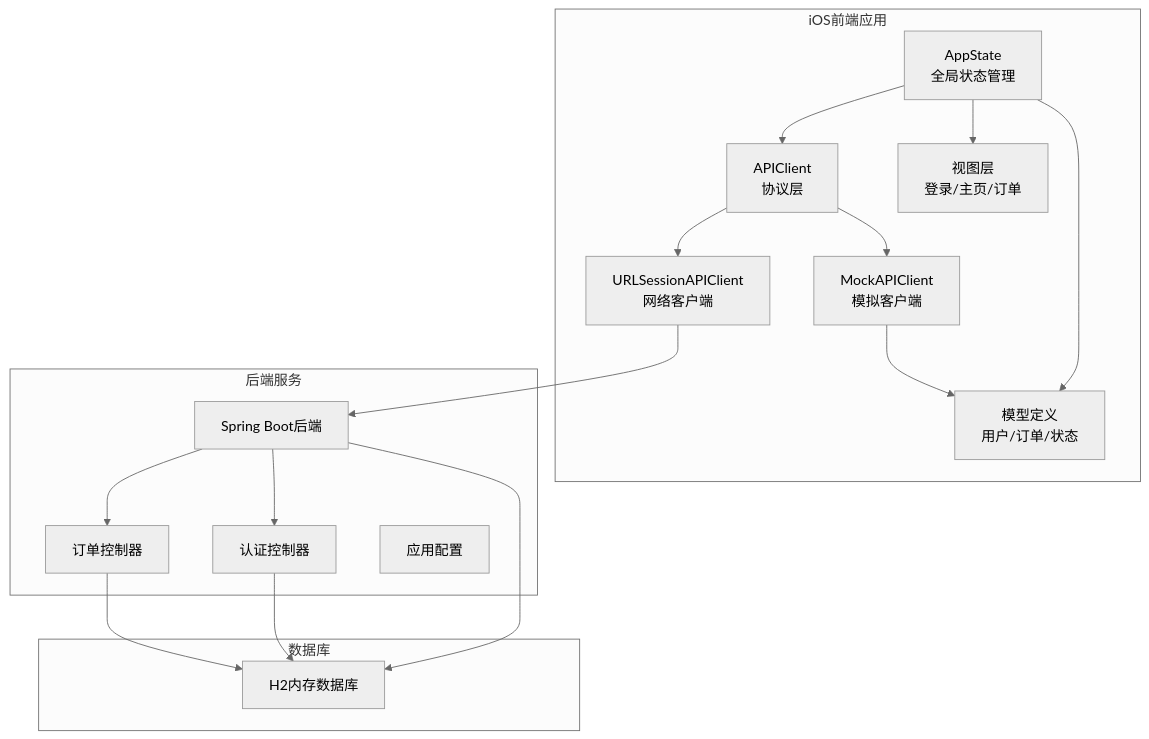
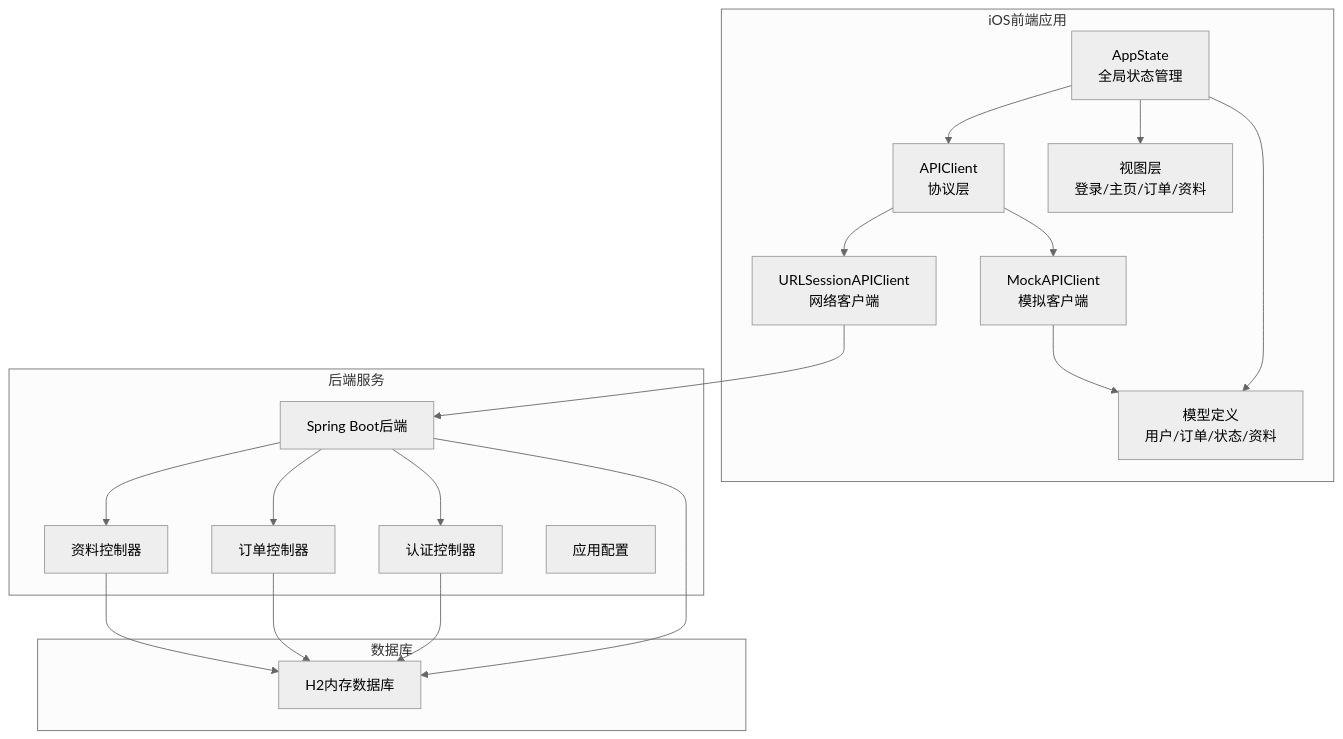
One commit to Jayden23018/blind-run-ios changed the first of 5 diagrams in .qoder/repowiki/zh/content/架构设计/模块化架构设计/Core 核心模块/Mock API 客户端功能增强.md. Above: the diagram before and after it, drawn with Mermaid (neutral theme). The commit also changed other lines of this file and 9 other files, not shown here.

````diff
--- a/.qoder/repowiki/zh/content/架构设计/模块化架构设计/Core 核心模块/Mock API 客户端功能增强.md
+++ b/.qoder/repowiki/zh/content/架构设计/模块化架构设计/Core 核心模块/Mock API 客户端功能增强.md
@@ -39,32 +51,35 @@
 ```mermaid
 graph TB
 subgraph "iOS前端应用"
 AppState[AppState<br/>全局状态管理]
 APIClient[APIClient<br/>协议层]
 MockClient[MockAPIClient<br/>模拟客户端]
 URLSessionClient[URLSessionAPIClient<br/>网络客户端]
-Models[模型定义<br/>用户/订单/状态]
-Views[视图层<br/>登录/主页/订单]
+Models[模型定义<br/>用户/订单/状态/资料]
+Views[视图层<br/>登录/主页/订单/资料]
 end
 subgraph "后端服务"
 Backend[Spring Boot后端]
 AuthCtrl[认证控制器]
 OrderCtrl[订单控制器]
+ProfileCtrl[资料控制器]
 Config[应用配置]
 end
 subgraph "数据库"
 H2[H2内存数据库]
 end
 AppState --> APIClient
 APIClient --> MockClient
 APIClient --> URLSessionClient
 AppState --> Models
 AppState --> Views
 MockClient --> Models
 URLSessionClient --> Backend
 Backend --> AuthCtrl
 Backend --> OrderCtrl
+Backend --> ProfileCtrl
 Backend --> H2
 AuthCtrl --> H2
 OrderCtrl --> H2
+ProfileCtrl --> H2
 ```
````
